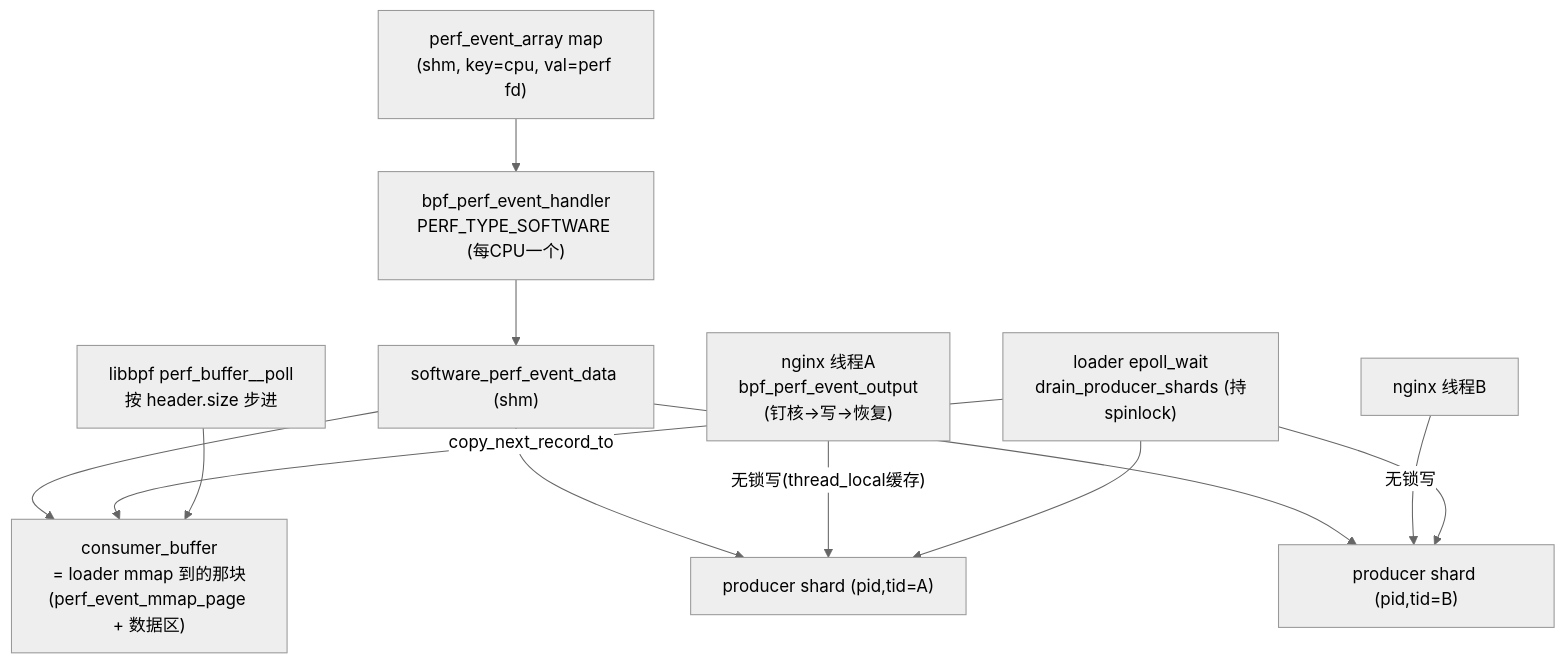
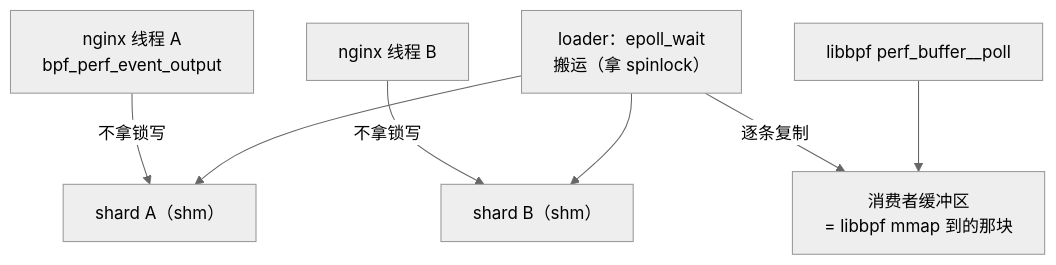
Before and after one commit to plsy1/bpftime-benchmark: the fourth of 4 diagrams in 01-lifecycle.md, drawn with Mermaid (neutral theme). The commit also changed other lines of this file and 10 other files, not shown here.

````diff
--- a/01-lifecycle.md
+++ b/01-lifecycle.md
@@ -628,14 +539,9 @@
 ```mermaid
 graph TD
-    PEA["perf_event_array map<br/>(shm, key=cpu, val=perf fd)"] --> H["bpf_perf_event_handler<br/>PERF_TYPE_SOFTWARE (每CPU一个)"]
-    H --> D["software_perf_event_data (shm)"]
-    D --> CB["consumer_buffer<br/>= loader mmap 到的那块<br/>(perf_event_mmap_page + 数据区)"]
-    D --> S1["producer shard (pid,tid=A)"]
-    D --> S2["producer shard (pid,tid=B)"]
-    W1["nginx 线程A<br/>bpf_perf_event_output<br/>(钉核→写→恢复)"] -->|"无锁写(thread_local缓存)"| S1
-    W2["nginx 线程B"] -->|无锁写| S2
-    DR["loader epoll_wait<br/>drain_producer_shards (持spinlock)"] --> S1
+    W1["nginx 线程 A<br/>bpf_perf_event_output"] -->|不拿锁写| S1["shard A（shm）"]
+    W2["nginx 线程 B"] -->|不拿锁写| S2["shard B（shm）"]
+    DR["loader：epoll_wait<br/>搬运（拿 spinlock）"] --> S1
     DR --> S2
-    DR -->|copy_next_record_to| CB
-    LB["libbpf perf_buffer__poll<br/>按 header.size 步进"] --> CB
+    DR -->|逐条复制| CB["消费者缓冲区<br/>= libbpf mmap 到的那块"]
+    LB["libbpf perf_buffer__poll"] --> CB
 ```
````
